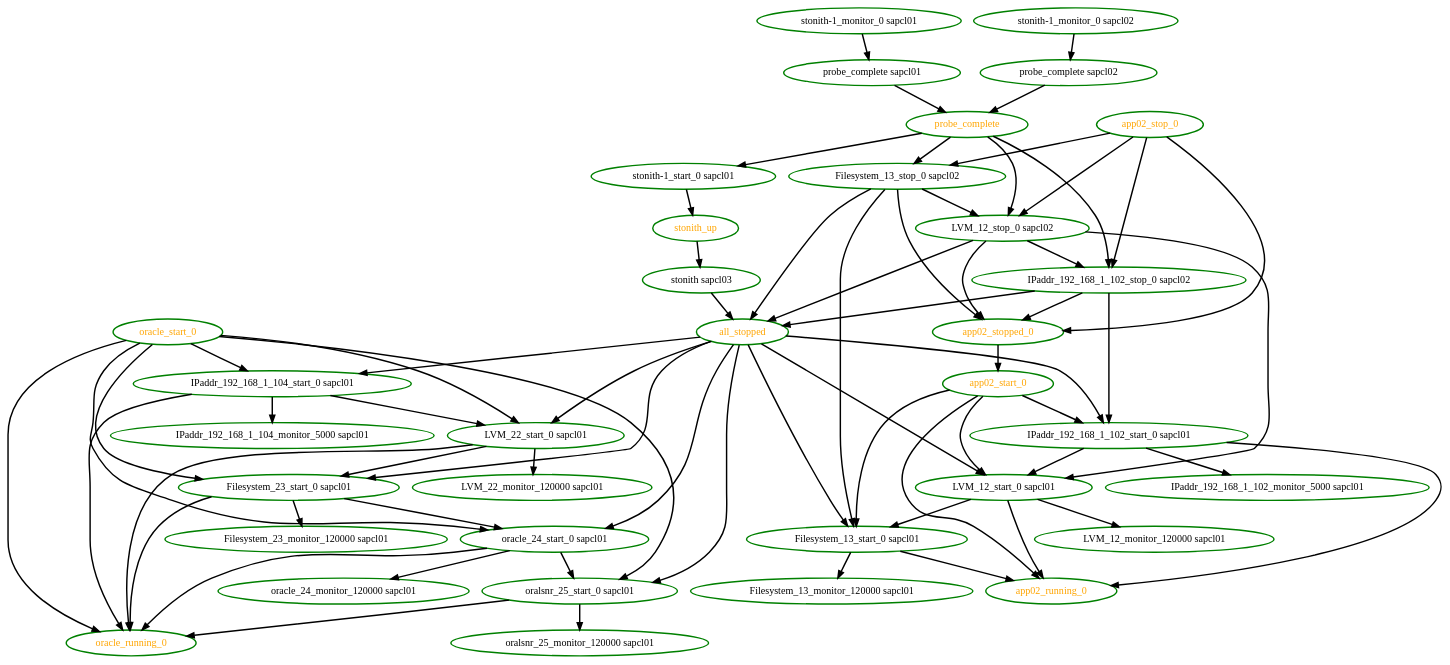
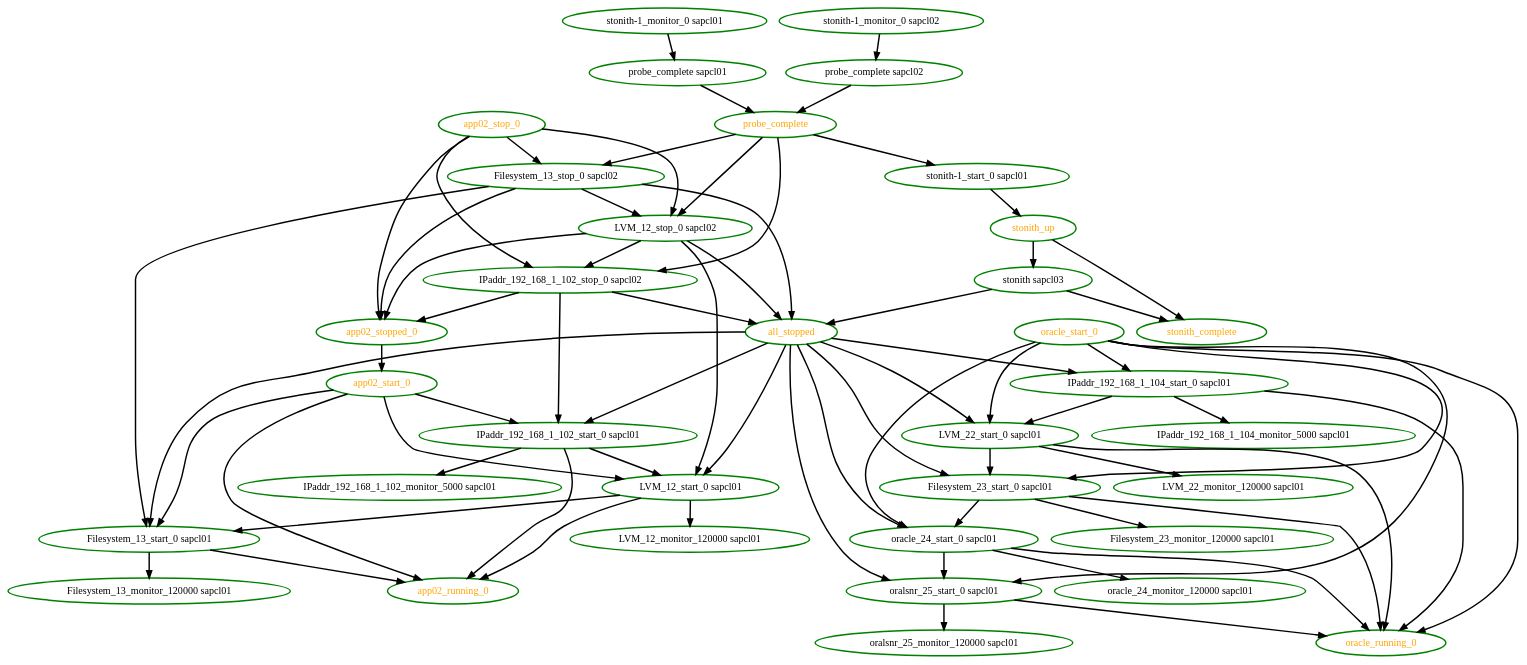
Before and after one commit to ClusterLabs/pacemaker: the diagram in pengine/test10/rec-node-15.dot, drawn with Graphviz. The commit also changed 4 other files, not shown here.

```diff
--- a/pengine/test10/rec-node-15.dot
+++ b/pengine/test10/rec-node-15.dot
@@ -1,103 +1,106 @@
  digraph "g" {
 "Filesystem_13_monitor_120000 sapcl01" [ style=bold color="green" fontcolor="black"  ]
 "Filesystem_13_start_0 sapcl01" -> "Filesystem_13_monitor_120000 sapcl01" [ style = bold]
 "Filesystem_13_start_0 sapcl01" -> "app02_running_0" [ style = bold]
 "Filesystem_13_start_0 sapcl01" [ style=bold color="green" fontcolor="black"  ]
 "Filesystem_13_stop_0 sapcl02" -> "Filesystem_13_start_0 sapcl01" [ style = bold]
 "Filesystem_13_stop_0 sapcl02" -> "LVM_12_stop_0 sapcl02" [ style = bold]
 "Filesystem_13_stop_0 sapcl02" -> "all_stopped" [ style = bold]
 "Filesystem_13_stop_0 sapcl02" -> "app02_stopped_0" [ style = bold]
 "Filesystem_13_stop_0 sapcl02" [ style=bold color="green" fontcolor="black"  ]
 "Filesystem_23_monitor_120000 sapcl01" [ style=bold color="green" fontcolor="black"  ]
 "Filesystem_23_start_0 sapcl01" -> "Filesystem_23_monitor_120000 sapcl01" [ style = bold]
 "Filesystem_23_start_0 sapcl01" -> "oracle_24_start_0 sapcl01" [ style = bold]
 "Filesystem_23_start_0 sapcl01" -> "oracle_running_0" [ style = bold]
 "Filesystem_23_start_0 sapcl01" [ style=bold color="green" fontcolor="black"  ]
 "IPaddr_192_168_1_102_monitor_5000 sapcl01" [ style=bold color="green" fontcolor="black"  ]
 "IPaddr_192_168_1_102_start_0 sapcl01" -> "IPaddr_192_168_1_102_monitor_5000 sapcl01" [ style = bold]
 "IPaddr_192_168_1_102_start_0 sapcl01" -> "LVM_12_start_0 sapcl01" [ style = bold]
 "IPaddr_192_168_1_102_start_0 sapcl01" -> "app02_running_0" [ style = bold]
 "IPaddr_192_168_1_102_start_0 sapcl01" [ style=bold color="green" fontcolor="black"  ]
 "IPaddr_192_168_1_102_stop_0 sapcl02" -> "IPaddr_192_168_1_102_start_0 sapcl01" [ style = bold]
 "IPaddr_192_168_1_102_stop_0 sapcl02" -> "all_stopped" [ style = bold]
 "IPaddr_192_168_1_102_stop_0 sapcl02" -> "app02_stopped_0" [ style = bold]
 "IPaddr_192_168_1_102_stop_0 sapcl02" [ style=bold color="green" fontcolor="black"  ]
 "IPaddr_192_168_1_104_monitor_5000 sapcl01" [ style=bold color="green" fontcolor="black"  ]
 "IPaddr_192_168_1_104_start_0 sapcl01" -> "IPaddr_192_168_1_104_monitor_5000 sapcl01" [ style = bold]
 "IPaddr_192_168_1_104_start_0 sapcl01" -> "LVM_22_start_0 sapcl01" [ style = bold]
 "IPaddr_192_168_1_104_start_0 sapcl01" -> "oracle_running_0" [ style = bold]
 "IPaddr_192_168_1_104_start_0 sapcl01" [ style=bold color="green" fontcolor="black"  ]
 "LVM_12_monitor_120000 sapcl01" [ style=bold color="green" fontcolor="black"  ]
 "LVM_12_start_0 sapcl01" -> "Filesystem_13_start_0 sapcl01" [ style = bold]
 "LVM_12_start_0 sapcl01" -> "LVM_12_monitor_120000 sapcl01" [ style = bold]
 "LVM_12_start_0 sapcl01" -> "app02_running_0" [ style = bold]
 "LVM_12_start_0 sapcl01" [ style=bold color="green" fontcolor="black"  ]
 "LVM_12_stop_0 sapcl02" -> "IPaddr_192_168_1_102_stop_0 sapcl02" [ style = bold]
 "LVM_12_stop_0 sapcl02" -> "LVM_12_start_0 sapcl01" [ style = bold]
 "LVM_12_stop_0 sapcl02" -> "all_stopped" [ style = bold]
 "LVM_12_stop_0 sapcl02" -> "app02_stopped_0" [ style = bold]
 "LVM_12_stop_0 sapcl02" [ style=bold color="green" fontcolor="black"  ]
 "LVM_22_monitor_120000 sapcl01" [ style=bold color="green" fontcolor="black"  ]
 "LVM_22_start_0 sapcl01" -> "Filesystem_23_start_0 sapcl01" [ style = bold]
 "LVM_22_start_0 sapcl01" -> "LVM_22_monitor_120000 sapcl01" [ style = bold]
 "LVM_22_start_0 sapcl01" -> "oracle_running_0" [ style = bold]
 "LVM_22_start_0 sapcl01" [ style=bold color="green" fontcolor="black"  ]
 "all_stopped" -> "Filesystem_13_start_0 sapcl01" [ style = bold]
 "all_stopped" -> "Filesystem_23_start_0 sapcl01" [ style = bold]
 "all_stopped" -> "IPaddr_192_168_1_102_start_0 sapcl01" [ style = bold]
 "all_stopped" -> "IPaddr_192_168_1_104_start_0 sapcl01" [ style = bold]
 "all_stopped" -> "LVM_12_start_0 sapcl01" [ style = bold]
 "all_stopped" -> "LVM_22_start_0 sapcl01" [ style = bold]
 "all_stopped" -> "oracle_24_start_0 sapcl01" [ style = bold]
 "all_stopped" -> "oralsnr_25_start_0 sapcl01" [ style = bold]
 "all_stopped" [ style=bold color="green" fontcolor="orange"  ]
 "app02_running_0" [ style=bold color="green" fontcolor="orange"  ]
 "app02_start_0" -> "Filesystem_13_start_0 sapcl01" [ style = bold]
 "app02_start_0" -> "IPaddr_192_168_1_102_start_0 sapcl01" [ style = bold]
 "app02_start_0" -> "LVM_12_start_0 sapcl01" [ style = bold]
 "app02_start_0" -> "app02_running_0" [ style = bold]
 "app02_start_0" [ style=bold color="green" fontcolor="orange"  ]
 "app02_stop_0" -> "Filesystem_13_stop_0 sapcl02" [ style = bold]
 "app02_stop_0" -> "IPaddr_192_168_1_102_stop_0 sapcl02" [ style = bold]
 "app02_stop_0" -> "LVM_12_stop_0 sapcl02" [ style = bold]
 "app02_stop_0" -> "app02_stopped_0" [ style = bold]
 "app02_stop_0" [ style=bold color="green" fontcolor="orange"  ]
 "app02_stopped_0" -> "app02_start_0" [ style = bold]
 "app02_stopped_0" [ style=bold color="green" fontcolor="orange"  ]
 "oracle_24_monitor_120000 sapcl01" [ style=bold color="green" fontcolor="black"  ]
 "oracle_24_start_0 sapcl01" -> "oracle_24_monitor_120000 sapcl01" [ style = bold]
 "oracle_24_start_0 sapcl01" -> "oracle_running_0" [ style = bold]
 "oracle_24_start_0 sapcl01" -> "oralsnr_25_start_0 sapcl01" [ style = bold]
 "oracle_24_start_0 sapcl01" [ style=bold color="green" fontcolor="black"  ]
 "oracle_running_0" [ style=bold color="green" fontcolor="orange"  ]
 "oracle_start_0" -> "Filesystem_23_start_0 sapcl01" [ style = bold]
 "oracle_start_0" -> "IPaddr_192_168_1_104_start_0 sapcl01" [ style = bold]
 "oracle_start_0" -> "LVM_22_start_0 sapcl01" [ style = bold]
 "oracle_start_0" -> "oracle_24_start_0 sapcl01" [ style = bold]
 "oracle_start_0" -> "oracle_running_0" [ style = bold]
 "oracle_start_0" -> "oralsnr_25_start_0 sapcl01" [ style = bold]
 "oracle_start_0" [ style=bold color="green" fontcolor="orange"  ]
 "oralsnr_25_monitor_120000 sapcl01" [ style=bold color="green" fontcolor="black"  ]
 "oralsnr_25_start_0 sapcl01" -> "oracle_running_0" [ style = bold]
 "oralsnr_25_start_0 sapcl01" -> "oralsnr_25_monitor_120000 sapcl01" [ style = bold]
 "oralsnr_25_start_0 sapcl01" [ style=bold color="green" fontcolor="black"  ]
 "probe_complete sapcl01" -> "probe_complete" [ style = bold]
 "probe_complete sapcl01" [ style=bold color="green" fontcolor="black"  ]
 "probe_complete sapcl02" -> "probe_complete" [ style = bold]
 "probe_complete sapcl02" [ style=bold color="green" fontcolor="black"  ]
 "probe_complete" -> "Filesystem_13_stop_0 sapcl02" [ style = bold]
 "probe_complete" -> "IPaddr_192_168_1_102_stop_0 sapcl02" [ style = bold]
 "probe_complete" -> "LVM_12_stop_0 sapcl02" [ style = bold]
 "probe_complete" -> "stonith-1_start_0 sapcl01" [ style = bold]
 "probe_complete" [ style=bold color="green" fontcolor="orange"  ]
 "stonith sapcl03" -> "all_stopped" [ style = bold]
+"stonith sapcl03" -> "stonith_complete" [ style = bold]
 "stonith sapcl03" [ style=bold color="green" fontcolor="black"  ]
 "stonith-1_monitor_0 sapcl01" -> "probe_complete sapcl01" [ style = bold]
 "stonith-1_monitor_0 sapcl01" [ style=bold color="green" fontcolor="black"  ]
 "stonith-1_monitor_0 sapcl02" -> "probe_complete sapcl02" [ style = bold]
 "stonith-1_monitor_0 sapcl02" [ style=bold color="green" fontcolor="black"  ]
 "stonith-1_start_0 sapcl01" -> "stonith_up" [ style = bold]
 "stonith-1_start_0 sapcl01" [ style=bold color="green" fontcolor="black"  ]
+"stonith_complete" [ style=bold color="green" fontcolor="orange"  ]
 "stonith_up" -> "stonith sapcl03" [ style = bold]
+"stonith_up" -> "stonith_complete" [ style = bold]
 "stonith_up" [ style=bold color="green" fontcolor="orange"  ]
 }
```
